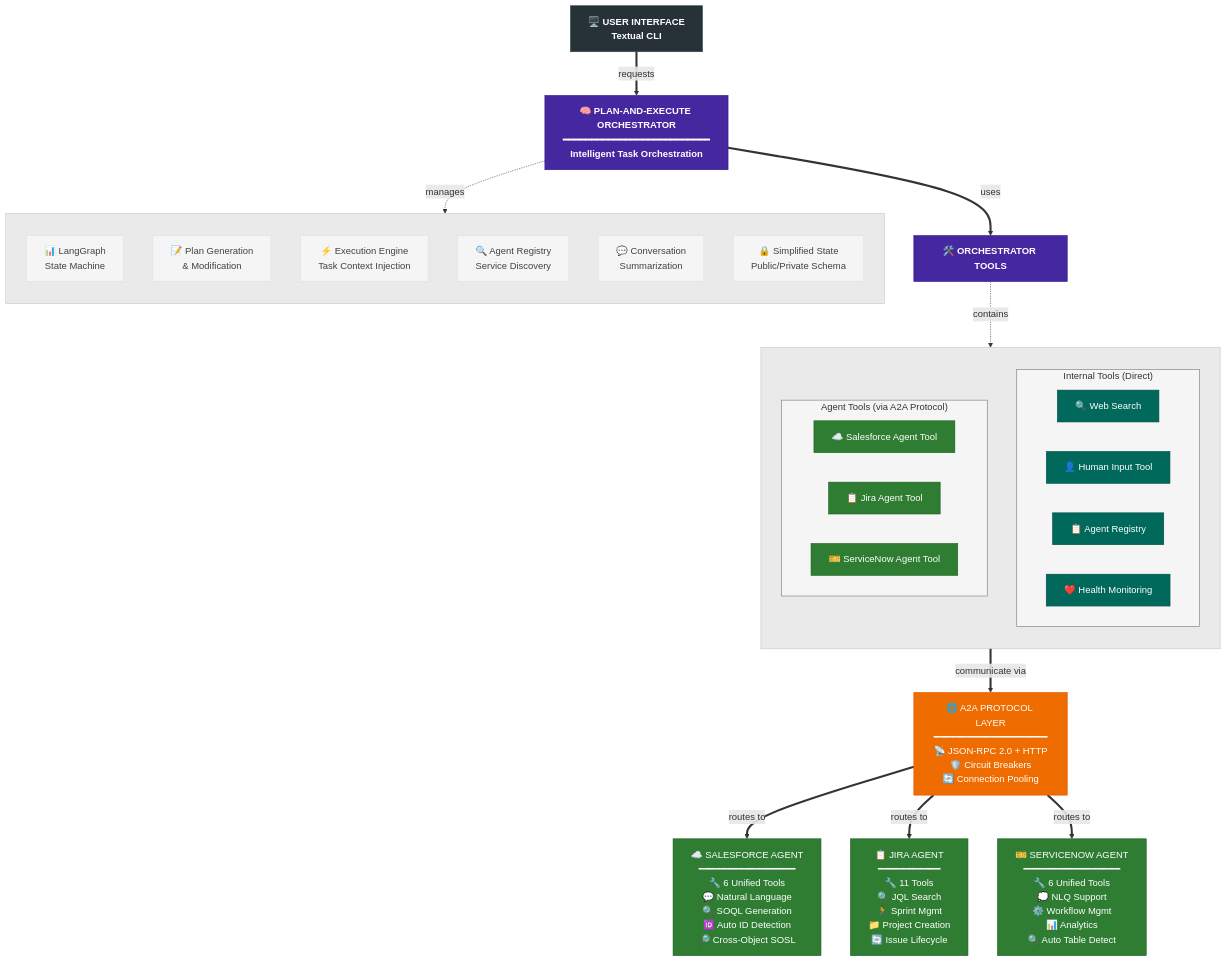
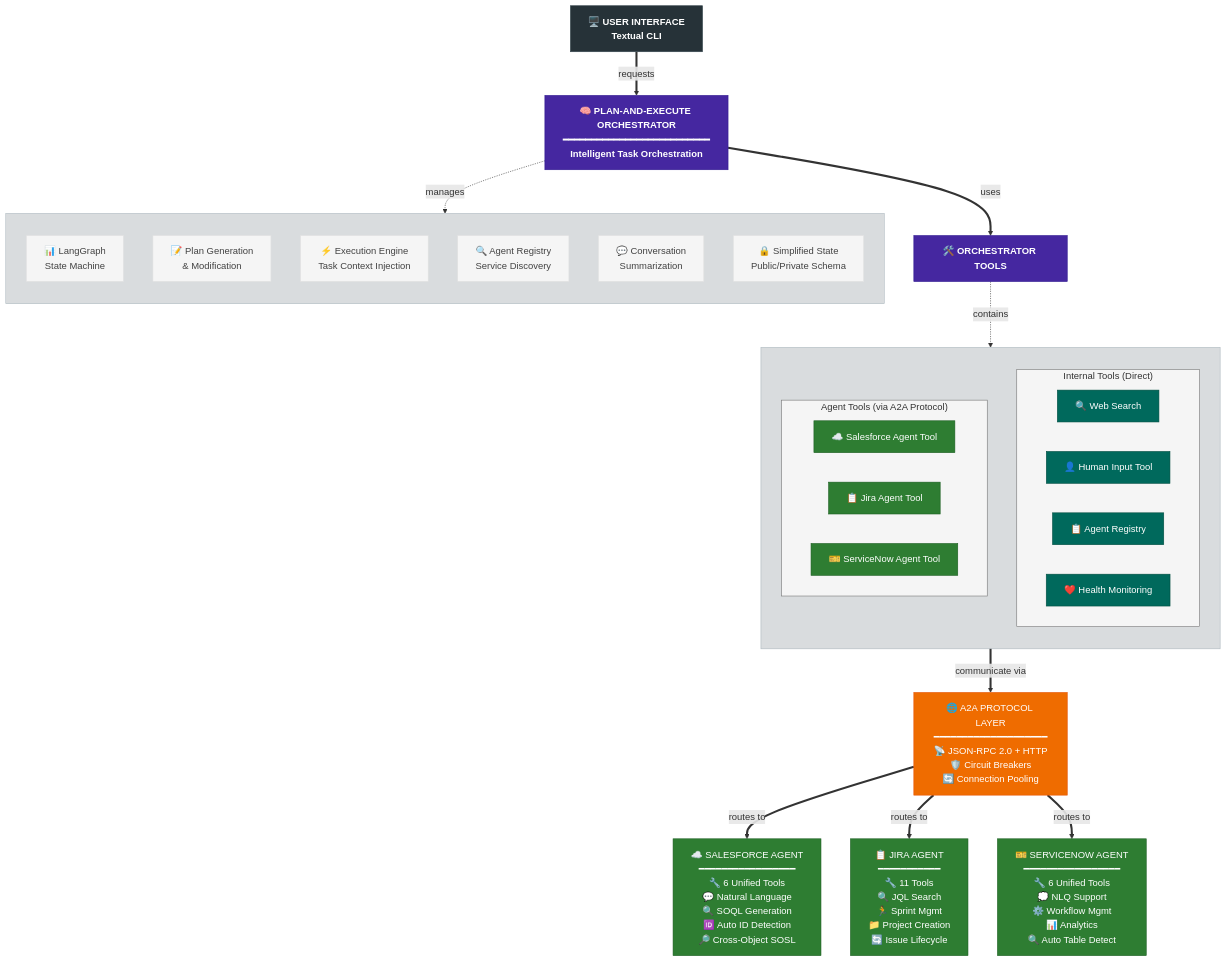
One commit to nickpeterson92/consultant-assistant changed the first of 3 diagrams in docs/guides/comprehensive-onboarding-guide.md. Above: the diagram before and after it, drawn with Mermaid.

Commit message:
maybe this time

````diff
--- a/docs/guides/comprehensive-onboarding-guide.md
+++ b/docs/guides/comprehensive-onboarding-guide.md
@@ -242,69 +242,69 @@
 ```mermaid
 flowchart TB
     %% Modern, sleek color scheme with subtle, muted tones
     classDef uiClass fill:#263238,stroke:#37474f,stroke-width:1px,color:#ffffff,font-weight:bold
     classDef orchestratorClass fill:#4527a0,stroke:#311b92,stroke-width:1px,color:#ffffff,font-weight:bold
     classDef protocolClass fill:#ef6c00,stroke:#e65100,stroke-width:1px,color:#ffffff
     classDef agentToolClass fill:#2e7d32,stroke:#1b5e20,stroke-width:1px,color:#ffffff
     classDef internalToolClass fill:#00695c,stroke:#004d40,stroke-width:1px,color:#ffffff
     classDef componentClass fill:#f5f5f5,stroke:#e0e0e0,stroke-width:1px,color:#424242
     
     %% User Interface Layer
     UI[🖥️ USER INTERFACE<br>Textual CLI]:::uiClass
     
     %% Main Orchestrator
     UI ==>|"requests"| ORCH[🧠 PLAN-AND-EXECUTE ORCHESTRATOR<br>━━━━━━━━━━━━━━━━━━━━━━━━━━<br>Intelligent Task Orchestration]:::orchestratorClass
     
     %% Core Components with semi-transparent styling
     subgraph components[" "]
         direction TB
         LG[📊 LangGraph<br>State Machine]:::componentClass
         PG[📝 Plan Generation<br>& Modification]:::componentClass
         EE[⚡ Execution Engine<br>Task Context Injection]:::componentClass
         AR[🔍 Agent Registry<br>Service Discovery]:::componentClass
         CS[💬 Conversation<br>Summarization]:::componentClass
         SS[🔒 Simplified State<br>Public/Private Schema]:::componentClass
     end
     
     %% All Tools under one umbrella
     ORCH ==>|"uses"| TOOLS[🛠️ ORCHESTRATOR TOOLS]:::orchestratorClass
     
     %% Tools subgraph containing both types
     subgraph tools[" "]
         direction TB
         
         %% Internal Tools (Direct)
         subgraph internal["Internal Tools (Direct)"]
             WS[🔍 Web Search]:::internalToolClass
             HI[👤 Human Input Tool]:::internalToolClass
             REG[📋 Agent Registry]:::internalToolClass
             HM[❤️ Health Monitoring]:::internalToolClass
         end
         
         %% Agent Tools (via A2A)
         subgraph agents["Agent Tools (via A2A Protocol)"]
             SFT[☁️ Salesforce Agent Tool]:::agentToolClass
             JT[📋 Jira Agent Tool]:::agentToolClass
             SNT[🎫 ServiceNow Agent Tool]:::agentToolClass
         end
     end
     
     TOOLS -.->|contains| tools
     
     %% A2A Protocol connection from agent tools
     agents ==>|"communicate via"| PROTOCOL[🌐 A2A PROTOCOL LAYER<br>━━━━━━━━━━━━━━━━━━━━<br>📡 JSON-RPC 2.0 + HTTP<br>🛡️ Circuit Breakers<br>🔄 Connection Pooling]:::protocolClass
     
     %% Remote Agents
     PROTOCOL ==>|"routes to"| SF[☁️ SALESFORCE AGENT<br>━━━━━━━━━━━━━━━━━<br>🔧 6 Unified Tools<br>💬 Natural Language<br>🔍 SOQL Generation<br>🆔 Auto ID Detection<br>🔎 Cross-Object SOSL]:::agentToolClass
     
     PROTOCOL ==>|"routes to"| JIRA[📋 JIRA AGENT<br>━━━━━━━━━━━<br>🔧 11 Tools<br>🔍 JQL Search<br>🏃 Sprint Mgmt<br>📁 Project Creation<br>🔄 Issue Lifecycle]:::agentToolClass
     
     PROTOCOL ==>|"routes to"| SN[🎫 SERVICENOW AGENT<br>━━━━━━━━━━━━━━━━━<br>🔧 6 Unified Tools<br>💭 NLQ Support<br>⚙️ Workflow Mgmt<br>📊 Analytics<br>🔍 Auto Table Detect]:::agentToolClass
     
     %% Styling adjustments
     ORCH -.->|manages| components
-    style components fill:#00000015,stroke:#00000030,stroke-width:1px
-    style tools fill:#00000015,stroke:#00000030,stroke-width:1px
+    style components fill:#37474f30,stroke:#546e7a60,stroke-width:1px
+    style tools fill:#37474f30,stroke:#546e7a60,stroke-width:1px
     style internal fill:#f5f5f5,stroke:#757575,stroke-width:1px
     style agents fill:#f5f5f5,stroke:#757575,stroke-width:1px
 ```
````
